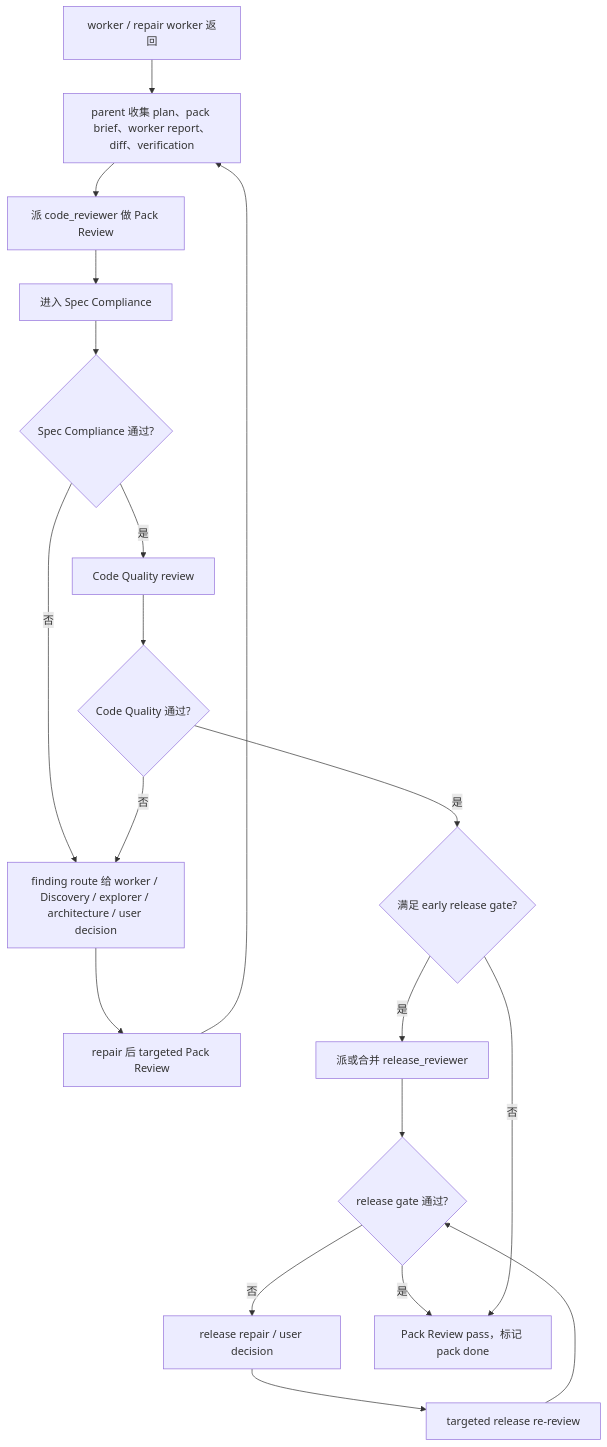
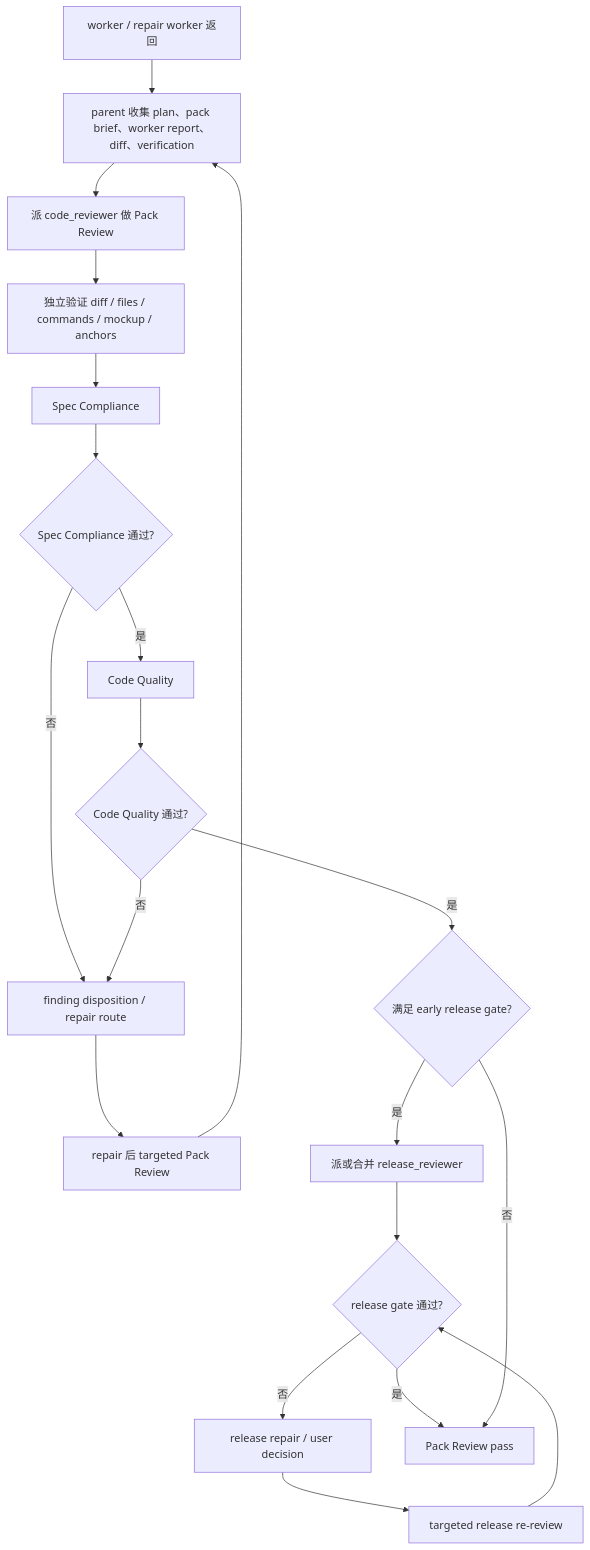
One commit to chancheuklap/multi-model-workflow changed the diagram in .agents/skills/orchestrate-workflow/references/implementation-review.md. Above: the diagram before and after it, drawn with Mermaid. The commit also changed other lines of this file and 5 other files, not shown here.

````diff
--- a/.agents/skills/orchestrate-workflow/references/implementation-review.md
+++ b/.agents/skills/orchestrate-workflow/references/implementation-review.md
@@ -15,21 +30,22 @@
 ```mermaid
 flowchart TD
     A["worker / repair worker 返回"] --> B["parent 收集 plan、pack brief、worker report、diff、verification"]
     B --> C["派 code_reviewer 做 Pack Review"]
-    C --> D["进入 Spec Compliance"]
-    D --> E{"Spec Compliance 通过?"}
-    E -->|否| F["finding route 给 worker / Discovery / explorer / architecture / user decision"]
-    F --> G["repair 后 targeted Pack Review"]
-    G --> B
-    E -->|是| H["Code Quality review"]
-    H --> I{"Code Quality 通过?"}
-    I -->|否| F
-    I -->|是| J{"满足 early release gate?"}
-    J -->|是| K["派或合并 release_reviewer"]
-    K --> L{"release gate 通过?"}
-    L -->|否| N["release repair / user decision"]
+    C --> D["独立验证 diff / files / commands / mockup / anchors"]
+    D --> E["Spec Compliance"]
+    E --> F{"Spec Compliance 通过?"}
+    F -->|否| G["finding disposition / repair route"]
+    G --> H["repair 后 targeted Pack Review"]
+    H --> B
+    F -->|是| I["Code Quality"]
+    I --> J{"Code Quality 通过?"}
+    J -->|否| G
+    J -->|是| K{"满足 early release gate?"}
+    K -->|是| L["派或合并 release_reviewer"]
+    L --> M{"release gate 通过?"}
+    M -->|否| N["release repair / user decision"]
     N --> O["targeted release re-review"]
-    O --> L
-    L -->|是| M["Pack Review pass，标记 pack done"]
-    J -->|否| M
+    O --> M
+    M -->|是| P["Pack Review pass"]
+    K -->|否| P
 ```
````
